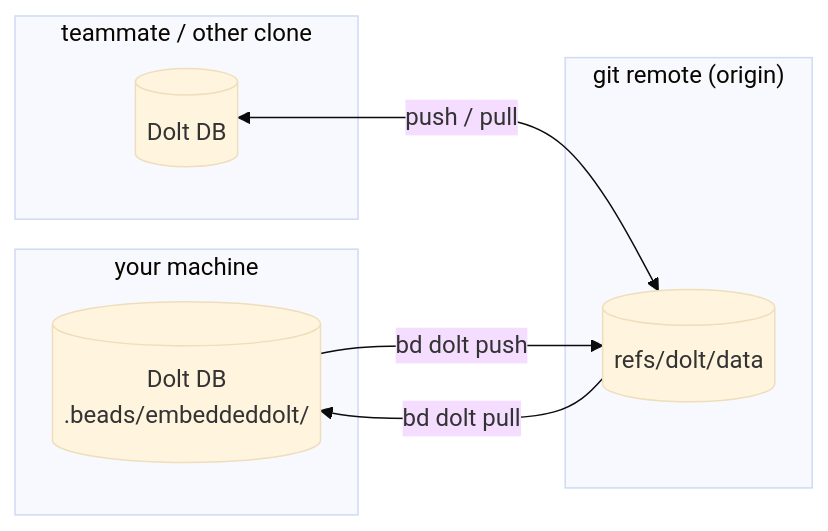
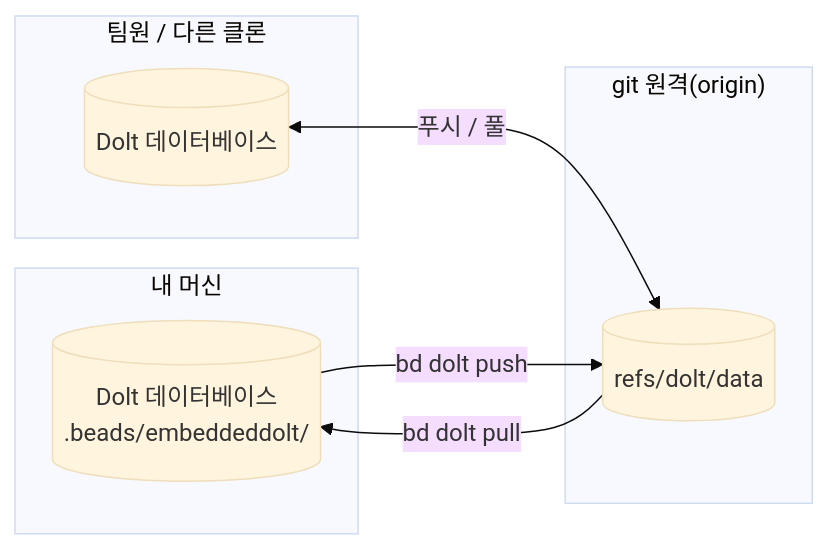
Before and after one commit to gastownhall/beads: the fourth of 4 diagrams in docs/core-concepts/index.md, drawn with Mermaid (base theme). The commit also changed other lines of this file and 179 other files, not shown here.

````diff
--- a/docs/core-concepts/index.md
+++ b/docs/core-concepts/index.md
@@ -120,15 +115,15 @@
 ```mermaid
 flowchart LR
-    subgraph you["your machine"]
-        db[("Dolt DB<br/>.beads/embeddeddolt/")]
+    subgraph you["내 머신"]
+        db[("Dolt 데이터베이스<br/>.beads/embeddeddolt/")]
     end
-    subgraph remote["git remote (origin)"]
+    subgraph remote["git 원격(origin)"]
         ref[("refs/dolt/data")]
     end
-    subgraph teammate["teammate / other clone"]
-        db2[("Dolt DB")]
+    subgraph teammate["팀원 / 다른 클론"]
+        db2[("Dolt 데이터베이스")]
     end
     db -->|bd dolt push| ref
     ref -->|bd dolt pull| db
-    db2 <-->|push / pull| ref
+    db2 <-->|푸시 / 풀| ref
 ```
````
